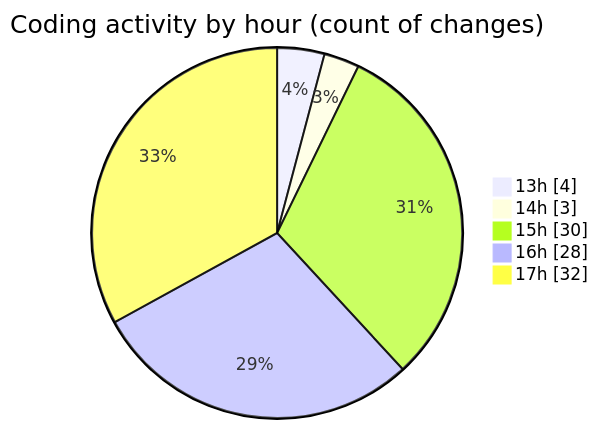
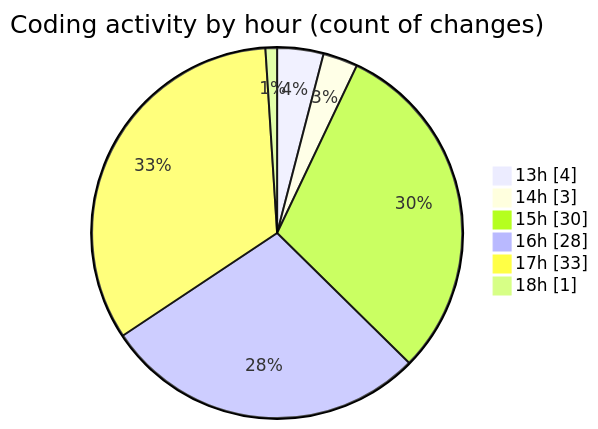
One commit to EIIisD/code-tracking changed the second of 2 diagrams in 2025-08-11/ribbon/README.md. Above: the diagram before and after it, drawn with Mermaid. The commit also changed other lines of this file and 1 other file, not shown here.

````diff
--- a/2025-08-11/ribbon/README.md
+++ b/2025-08-11/ribbon/README.md
@@ -52,9 +52,10 @@
 ```mermaid
 pie showData
 title Coding activity by hour (count of changes)
 "13h" : 4
 "14h" : 3
 "15h" : 30
 "16h" : 28
-"17h" : 32
+"17h" : 33
+"18h" : 1
 ```
````
